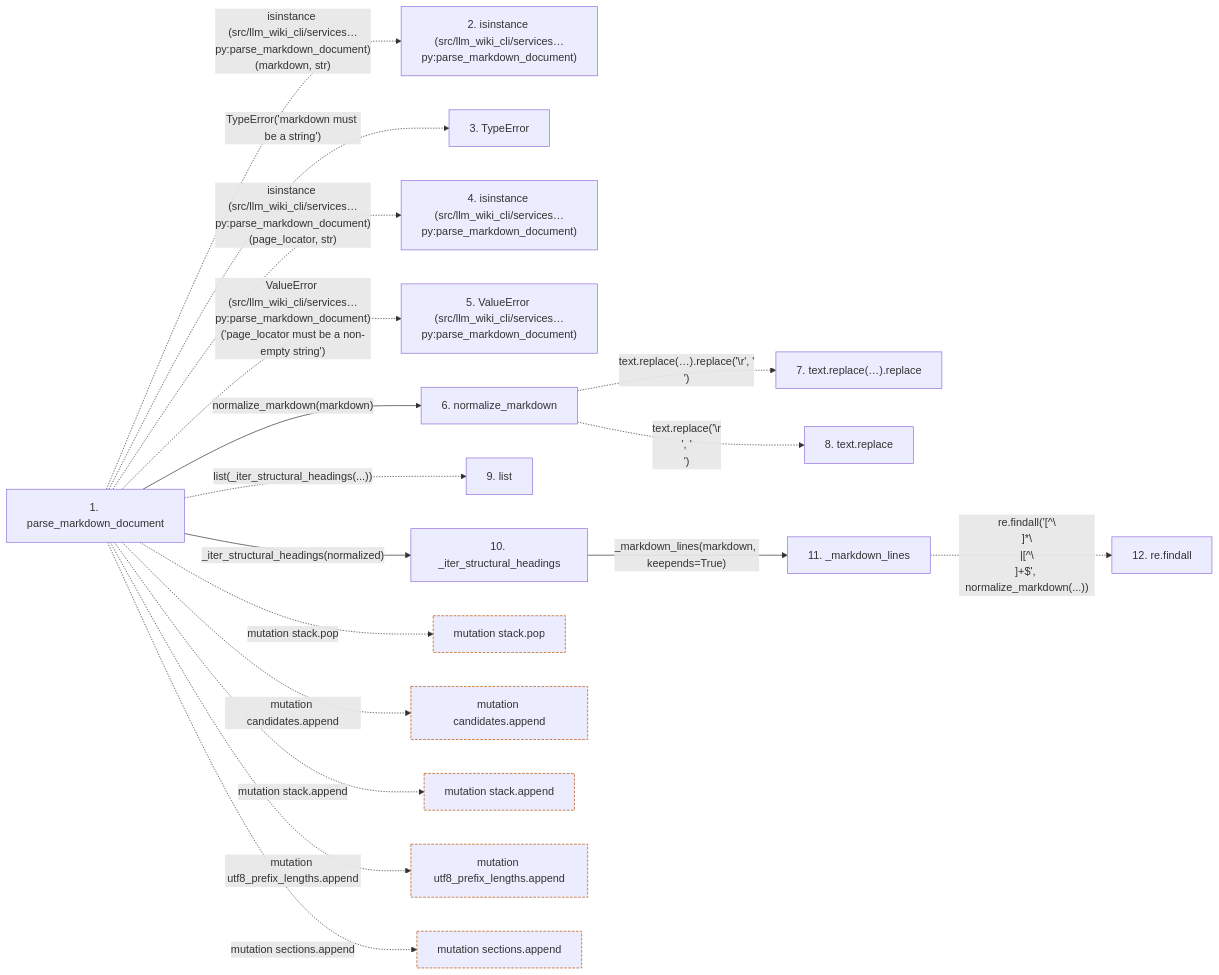
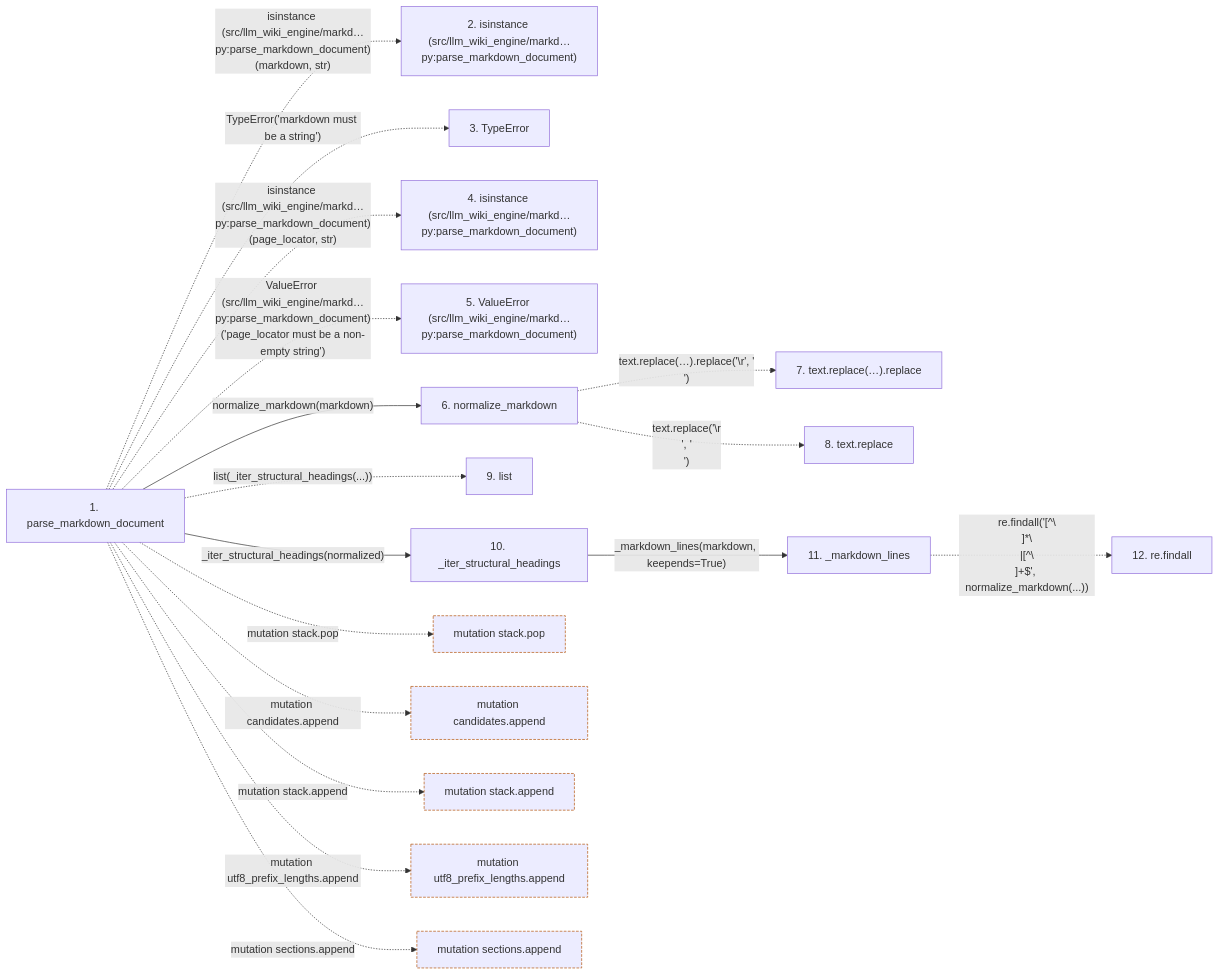
The second of 2 diagrams in docs/llm_wiki/flows/api-parse_markdown_document.md (Denissvgn/python-wiki-llm), drawn with Mermaid before and after one commit. The commit also changed other lines of this file and 1103 other files, not shown here.

First line of the commit message:
docs: refresh the wiki for the llm-wiki-engine distribution

````diff
--- a/docs/llm_wiki/flows/api-parse_markdown_document.md
+++ b/docs/llm_wiki/flows/api-parse_markdown_document.md
@@ -123,46 +123,46 @@
 ```mermaid
 flowchart LR
     s1["1. parse_markdown_document"]
-    s2["2. isinstance (src/llm_wiki_cli/services…py:parse_markdown_document)"]
+    s2["2. isinstance (src/llm_wiki_engine/markd…py:parse_markdown_document)"]
     s3["3. TypeError"]
-    s4["4. isinstance (src/llm_wiki_cli/services…py:parse_markdown_document)"]
-    s5["5. ValueError (src/llm_wiki_cli/services…py:parse_markdown_document)"]
+    s4["4. isinstance (src/llm_wiki_engine/markd…py:parse_markdown_document)"]
+    s5["5. ValueError (src/llm_wiki_engine/markd…py:parse_markdown_document)"]
     s6["6. normalize_markdown"]
     s7["7. text.replace(…).replace"]
     s8["8. text.replace"]
     s9["9. list"]
     s10["10. _iter_structural_headings"]
     s11["11. _markdown_lines"]
     s12["12. re.findall"]
-    s1 -. "isinstance (src/llm_wiki_cli/services…py:parse_markdown_document)(markdown, str)" .-> s2
+    s1 -. "isinstance (src/llm_wiki_engine/markd…py:parse_markdown_document)(markdown, str)" .-> s2
     s1 -. "TypeError('markdown must be a string')" .-> s3
-    s1 -. "isinstance (src/llm_wiki_cli/services…py:parse_markdown_document)(page_locator, str)" .-> s4
-    s1 -. "ValueError (src/llm_wiki_cli/services…py:parse_markdown_document)('page_locator must be a non-empty string')" .-> s5
+    s1 -. "isinstance (src/llm_wiki_engine/markd…py:parse_markdown_document)(page_locator, str)" .-> s4
+    s1 -. "ValueError (src/llm_wiki_engine/markd…py:parse_markdown_document)('page_locator must be a non-empty string')" .-> s5
     s1 -->|"normalize_markdown(markdown)"| s6
     s6 -. "text.replace(…).replace('\r', '\n')" .-> s7
     s6 -. "text.replace('\r\n', '\n')" .-> s8
     s1 -. "list(_iter_structural_headings(...))" .-> s9
     s1 -->|"_iter_structural_headings(normalized)"| s10
     s10 -->|"_markdown_lines(markdown, keepends=True)"| s11
     s11 -. "re.findall('[^\\n]*\\n|[^\\n]+$', normalize_markdown(...))" .-> s12
     b0["mutation stack.pop"]
     s1 -. "mutation stack.pop" .-> b0
     b1["mutation candidates.append"]
     s1 -. "mutation candidates.append" .-> b1
     b2["mutation stack.append"]
     s1 -. "mutation stack.append" .-> b2
     b3["mutation utf8_prefix_lengths.append"]
     s1 -. "mutation utf8_prefix_lengths.append" .-> b3
     b4["mutation sections.append"]
     s1 -. "mutation sections.append" .-> b4
     click s1 "../modules/markdown_sections.md"
     click s6 "../modules/markdown_sections.md"
     click s10 "../modules/markdown_sections.md"
     click s11 "../modules/markdown_sections.md"
     classDef boundary stroke:#b45309,stroke-dasharray: 4 2
     class b0 boundary
     class b1 boundary
     class b2 boundary
     class b3 boundary
     class b4 boundary
 ```
````
